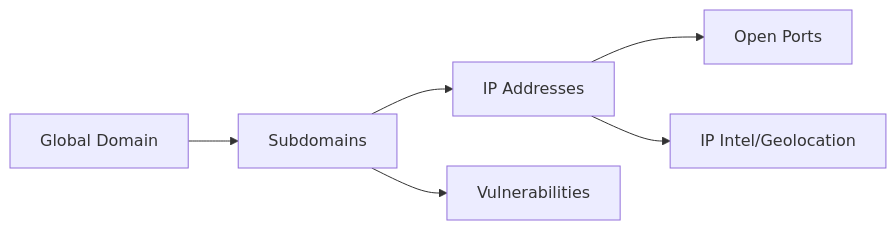
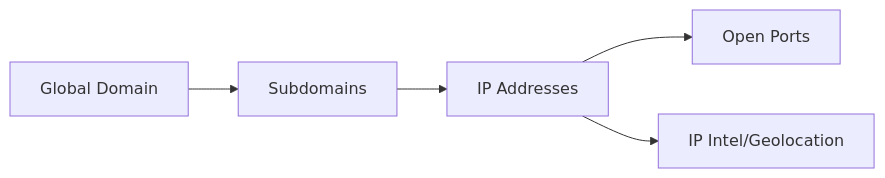
One commit to mahmutcirka/ISU-SecOps-Engine changed the diagram in docs/Architecture.md. Above: the diagram before and after it, drawn with Mermaid. The commit also changed other lines of this file and 4 other files, not shown here.

````diff
--- a/docs/Architecture.md
+++ b/docs/Architecture.md
@@ -32,8 +28,7 @@
 ```mermaid
 flowchart LR
     A[Global Domain] --> B[Subdomains]
     B --> C[IP Addresses]
     C --> D[Open Ports]
     C --> E[IP Intel/Geolocation]
-    B --> F[Vulnerabilities]
 ```
````
